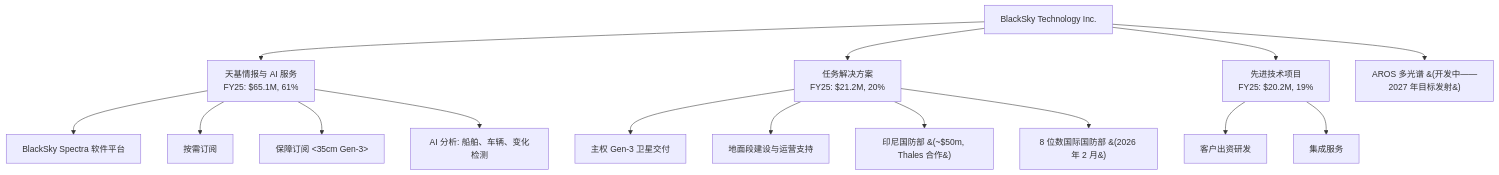
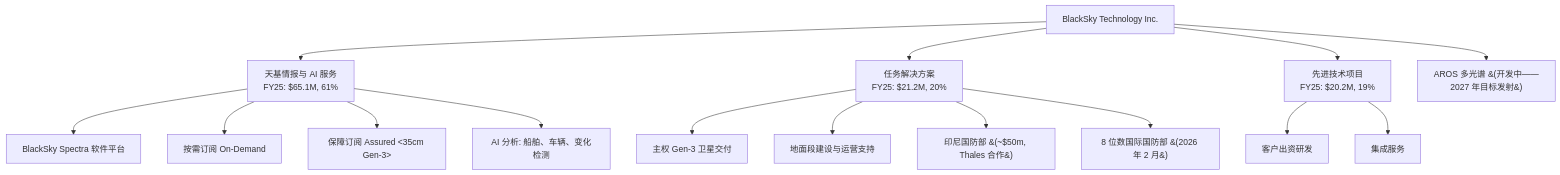
The second of 6 diagrams in reports/company/BlackSky_NYSE_BKSY/BlackSky_NYSE_BKSY_公司研究.md (dadachundan/financial_agent), drawn with Mermaid before and after one commit. The commit also changed other lines of this file and 9 other files, not shown here.

````diff
--- a/reports/company/BlackSky_NYSE_BKSY/BlackSky_NYSE_BKSY_公司研究.md
+++ b/reports/company/BlackSky_NYSE_BKSY/BlackSky_NYSE_BKSY_公司研究.md
@@ -173,17 +498,17 @@
 ```mermaid
 graph TD
     A[BlackSky Technology Inc.] --> B[天基情报与 AI 服务<br/>FY25: $65.1M, 61%]
     A --> C[任务解决方案<br/>FY25: $21.2M, 20%]
     A --> D[先进技术项目<br/>FY25: $20.2M, 19%]
     B --> B1[BlackSky Spectra 软件平台]
-    B --> B2[按需订阅]
-    B --> B3[保障订阅 &lt;35cm Gen-3&gt;]
+    B --> B2[按需订阅 On-Demand]
+    B --> B3[保障订阅 Assured &lt;35cm Gen-3&gt;]
     B --> B4[AI 分析: 船舶、车辆、变化检测]
     C --> C1[主权 Gen-3 卫星交付]
     C --> C2[地面段建设与运营支持]
     C --> C3[印尼国防部 &#40;~$50m, Thales 合作&#41;]
     C --> C4[8 位数国际国防部 &#40;2026 年 2 月&#41;]
     D --> D1[客户出资研发]
     D --> D2[集成服务]
     A --> E[AROS 多光谱 &#40;开发中——2027 年目标发射&#41;]
 ```
````
